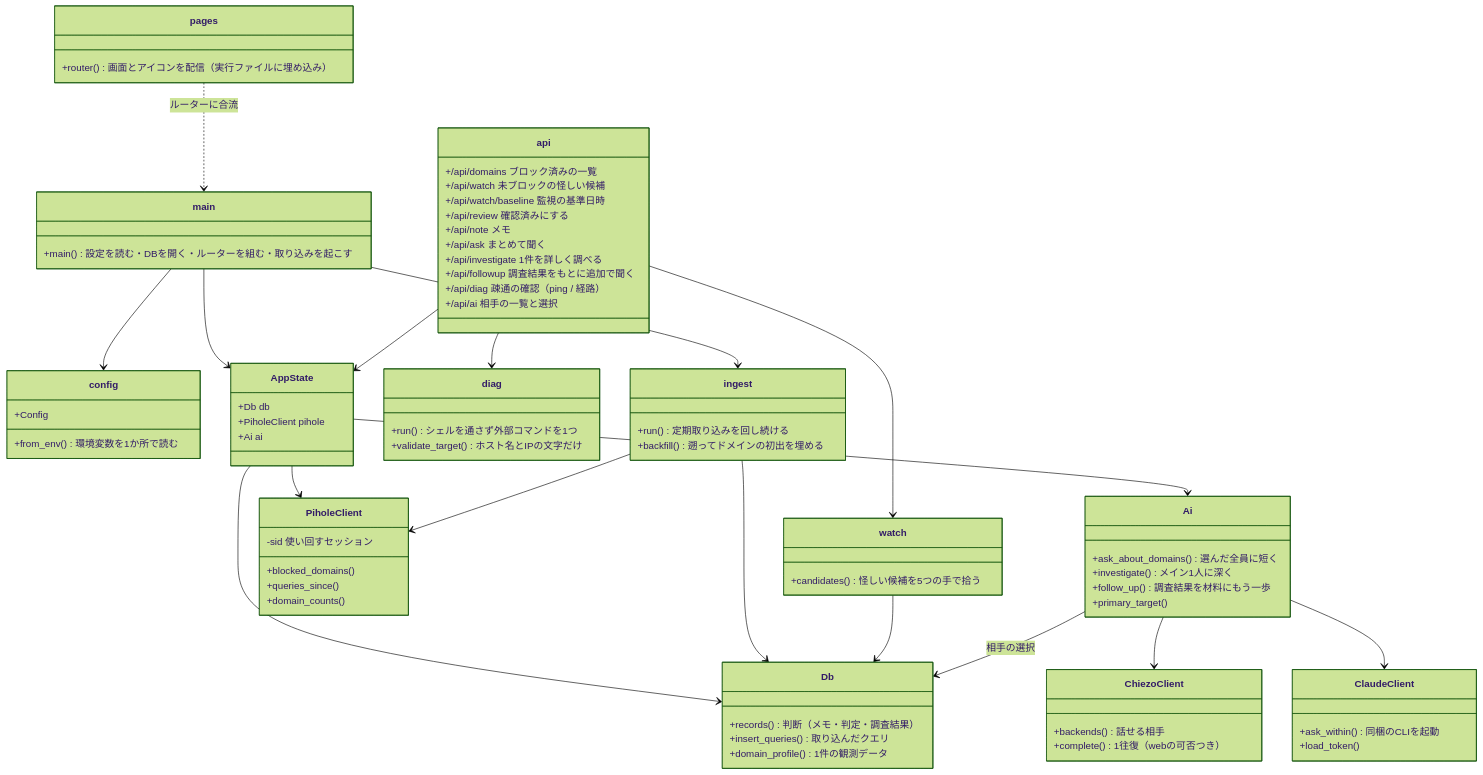
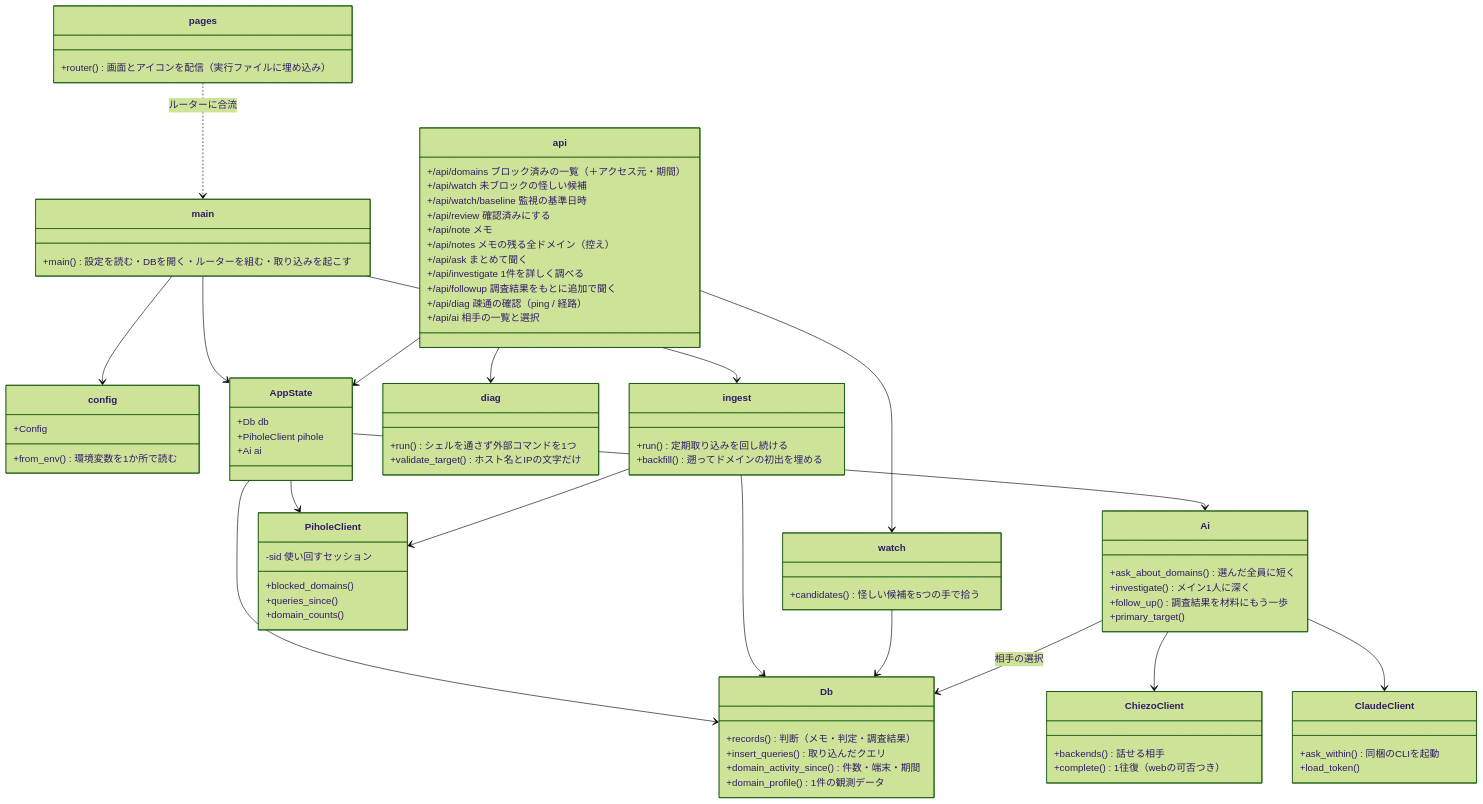
Before and after one commit to rtcode337/pihole-monitor: the first of 6 diagrams in docs/architecture.md, drawn with Mermaid (forest theme). The commit also changed other lines of this file and 9 other files, not shown here.

```diff
--- a/docs/architecture.md
+++ b/docs/architecture.md
@@ -23,11 +23,12 @@
         +router() 画面とアイコンを配信（実行ファイルに埋め込み）
     }
     class api {
-        +/api/domains ブロック済みの一覧
+        +/api/domains ブロック済みの一覧（＋アクセス元・期間）
         +/api/watch 未ブロックの怪しい候補
         +/api/watch/baseline 監視の基準日時
         +/api/review 確認済みにする
         +/api/note メモ
+        +/api/notes メモの残る全ドメイン（控え）
         +/api/ask まとめて聞く
         +/api/investigate 1件を詳しく調べる
         +/api/followup 調査結果をもとに追加で聞く
@@ -48,6 +49,7 @@
     class Db {
         +records() 判断（メモ・判定・調査結果）
         +insert_queries() 取り込んだクエリ
+        +domain_activity_since() 件数・端末・期間
         +domain_profile() 1件の観測データ
     }
     class PiholeClient {
```
